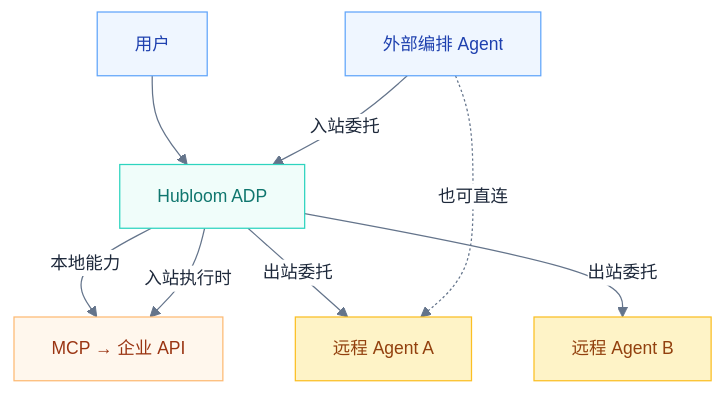
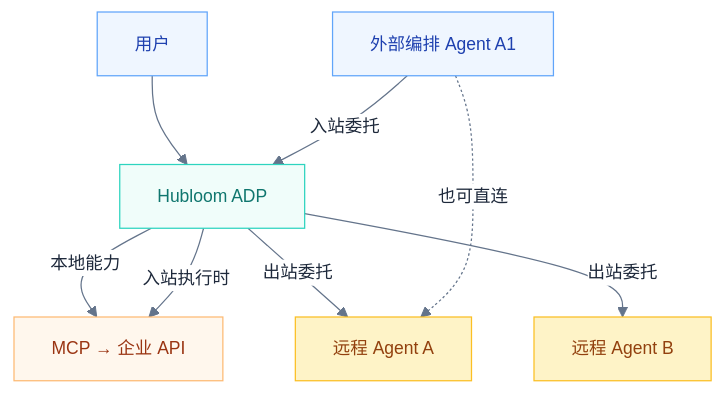
Before and after one commit to Zhong-y-j/Hubloom: the ninth of 10 diagrams in docs/Hubloom-A2A互联.md, drawn with Mermaid. The commit also changed other lines of this file and 3 other files, not shown here.

````diff
--- a/docs/Hubloom-A2A互联.md
+++ b/docs/Hubloom-A2A互联.md
@@ -296,24 +554,24 @@
 ```mermaid
 %%{init: {"theme":"base","themeVariables":{"background":"#ffffff","primaryColor":"#ffffff","primaryBorderColor":"#cbd5e1","primaryTextColor":"#1e293b","lineColor":"#64748b","fontSize":"14px"}}}%%
 flowchart TB
     U[用户] --> H[Hubloom ADP]
 
     H -->|本地能力| MCP[MCP → 企业 API]
     H -->|出站委托| R1[远程 Agent A]
     H -->|出站委托| R2[远程 Agent B]
 
-    E[外部编排 Agent] -->|入站委托| H
+    E[外部编排 Agent A1] -->|入站委托| H
     E -.->|也可直连| R1
 
     H -->|入站执行时| MCP
 
     classDef hub fill:#f0fdfa,stroke:#2dd4bf,color:#0f766e
     classDef mcp fill:#fff7ed,stroke:#fdba74,color:#9a3412
     classDef a2a fill:#fef3c7,stroke:#fbbf24,color:#92400e
     classDef ext fill:#eff6ff,stroke:#60a5fa,color:#1e40af
 
     class H hub
     class MCP mcp
     class R1,R2 a2a
     class E,U ext
 ```
````
